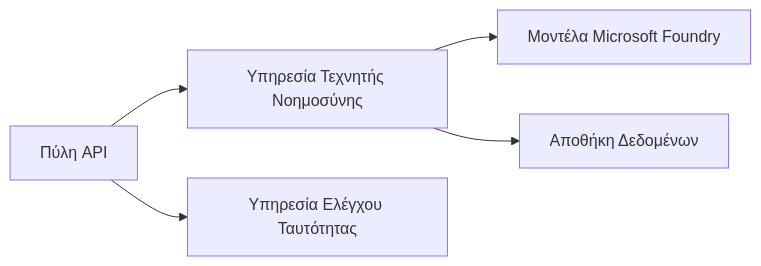
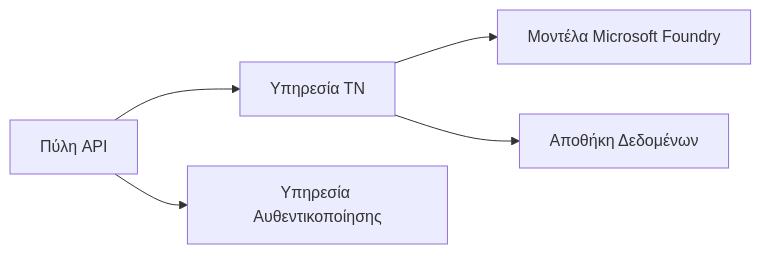
The first of 2 diagrams in translations/el/docs/chapter-08-production/README.md (microsoft/AZD-for-beginners), drawn with Mermaid before and after one commit. The commit also changed other lines of this file and 101 other files, not shown here.

````diff
--- a/translations/el/docs/chapter-08-production/README.md
+++ b/translations/el/docs/chapter-08-production/README.md
@@ -46,6 +48,6 @@
 ```mermaid
 graph LR
-    Gateway[Πύλη API] --> AI[Υπηρεσία Τεχνητής Νοημοσύνης] --> Models[Μοντέλα Microsoft Foundry]
-    Gateway --> Auth[Υπηρεσία Ελέγχου Ταυτότητας]
+    Gateway[Πύλη API] --> AI[Υπηρεσία ΤΝ] --> Models[Μοντέλα Microsoft Foundry]
+    Gateway --> Auth[Υπηρεσία Αυθεντικοποίησης]
     AI --> Data[Αποθήκη Δεδομένων]
 ```
````
